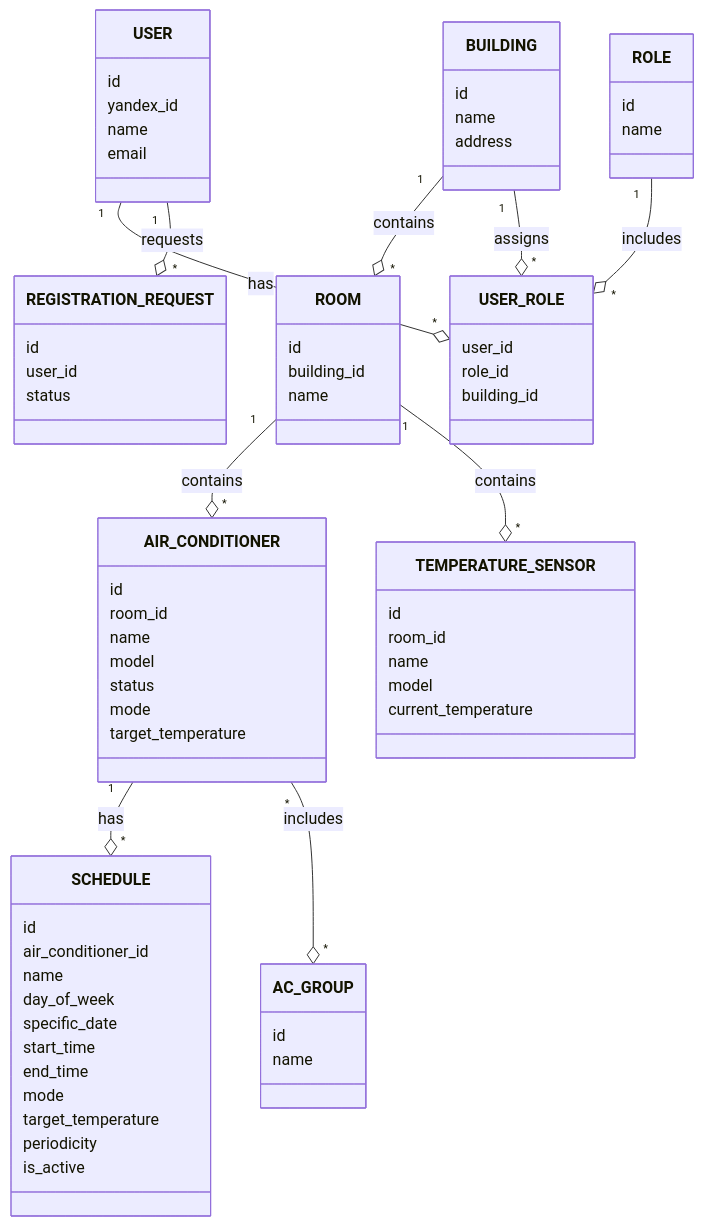
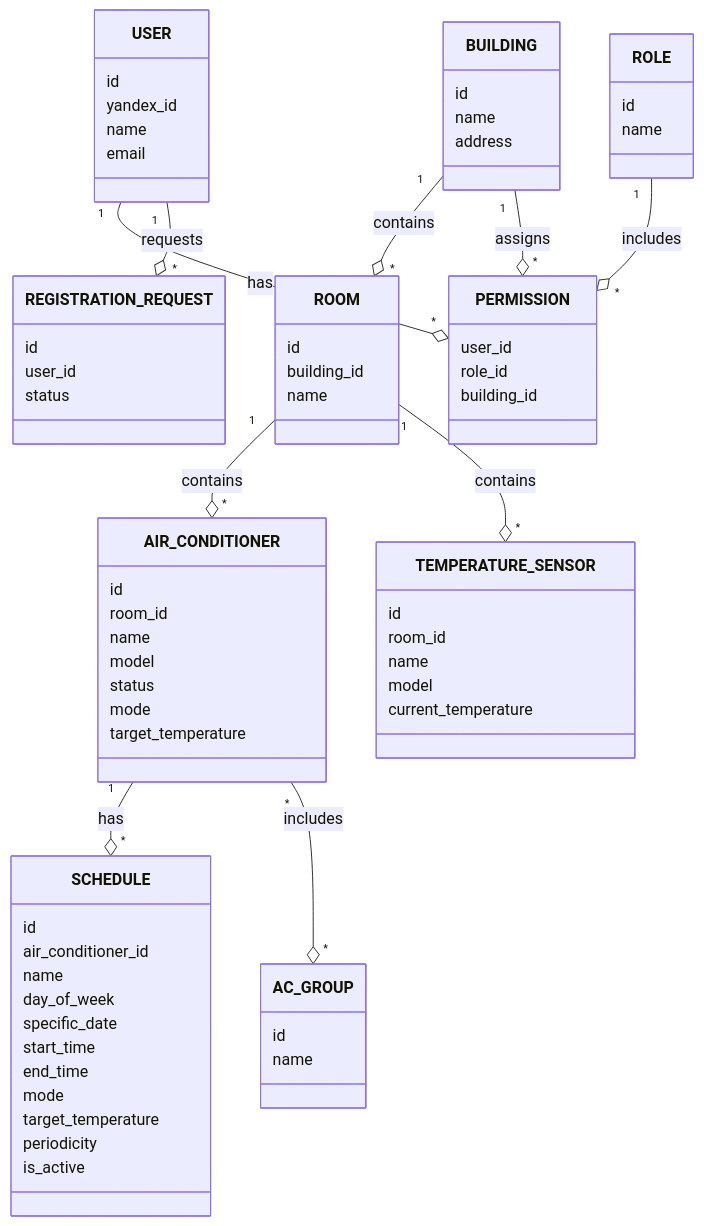
Before and after one commit to dllnnx/is-coursework: the diagram in docs/er-model.mmd, drawn with Mermaid. The commit also changed 1 other file, not shown here.

Commit message:
change user_role to permission

```diff
--- a/docs/er-model.mmd
+++ b/docs/er-model.mmd
@@ -1,83 +1,83 @@
 classDiagram
     class USER {
         id
         yandex_id
         name
         email
     }
     
     class ROLE {
         id
         name
     }
     
     class BUILDING {
         id
         name
         address
     }
     
     class ROOM {
         id
         building_id
         name
     }
     
     class AIR_CONDITIONER {
         id
         room_id
         name
         model
         status
         mode
         target_temperature
     }
     
     class TEMPERATURE_SENSOR {
         id
         room_id
         name
         model
         current_temperature
     }
     
     class SCHEDULE {
         id
         air_conditioner_id
         name
         day_of_week
         specific_date
         start_time
         end_time
         mode
         target_temperature
         periodicity
         is_active
     }
     
     class AC_GROUP {
         id
         name
     }
     
     class REGISTRATION_REQUEST {
         id
         user_id
         status
     }
     
-    class USER_ROLE {
+    class PERMISSION {
         user_id
         role_id
         building_id
     }
     
-    USER "1" --o "*" USER_ROLE : has
-    ROLE "1" --o "*" USER_ROLE : includes
+    USER "1" --o "*" PERMISSION : has
+    ROLE "1" --o "*" PERMISSION : includes
     USER "1" --o "*" REGISTRATION_REQUEST : requests
     BUILDING "1" --o "*" ROOM : contains
-    BUILDING "1" --o "*" USER_ROLE : assigns
+    BUILDING "1" --o "*" PERMISSION : assigns
     ROOM "1" --o "*" AIR_CONDITIONER : contains
     ROOM "1" --o "*" TEMPERATURE_SENSOR : contains
     AIR_CONDITIONER "1" --o "*" SCHEDULE : has
     AIR_CONDITIONER "*" --o "*" AC_GROUP : includes
```
